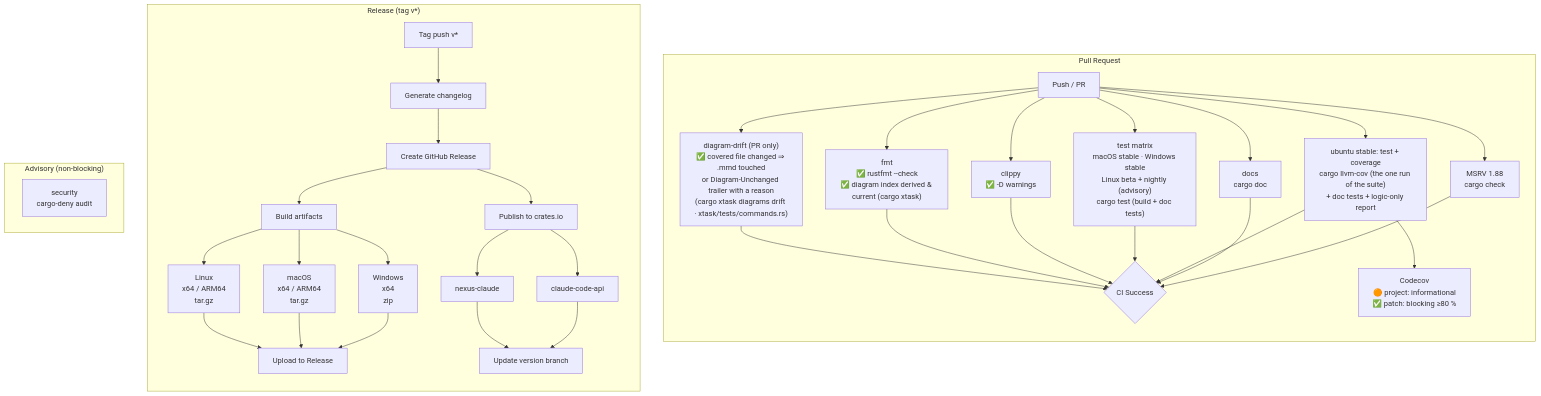
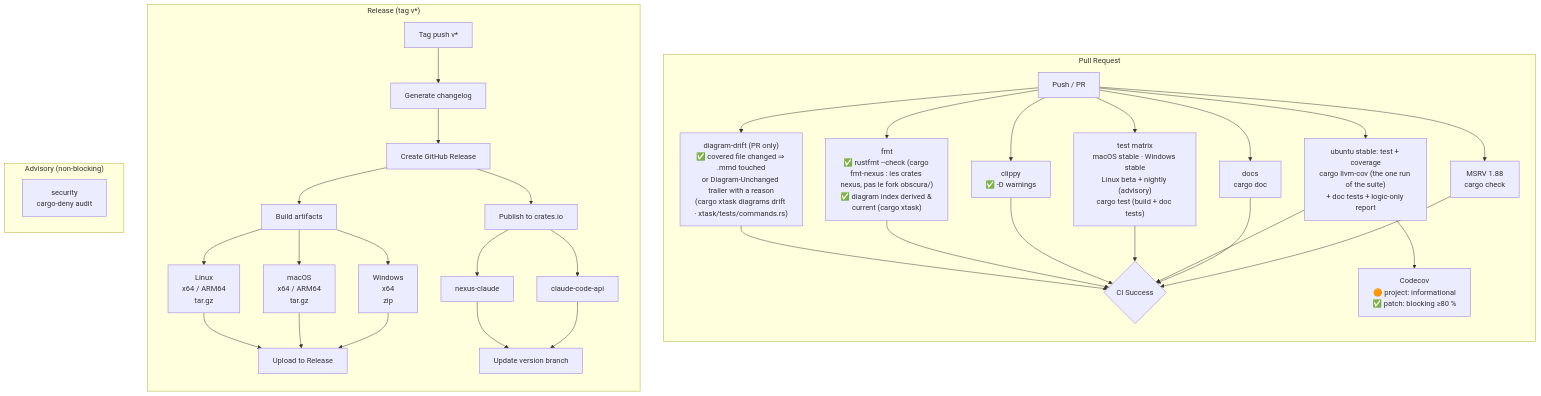
The diagram in docs/diagrams/nexus-ci-pipeline.mmd (this-rs/nexus), drawn with Mermaid before and after one commit. The commit also changed 241 other files, not shown here.

```diff
--- a/docs/diagrams/nexus-ci-pipeline.mmd
+++ b/docs/diagrams/nexus-ci-pipeline.mmd
@@ -1,48 +1,48 @@
 %% name: nexus-ci-pipeline
 %% covers: .github/workflows/ci.yml, .github/workflows/release.yml
-%% verified: 2026-10-09
+%% verified: 2026-10-12
 flowchart TD
     subgraph PR["Pull Request"]
         direction TB
         push[Push / PR] --> fmt
 
-        fmt["fmt\n✅ rustfmt --check\n✅ diagram index derived & current (cargo xtask)"]
+        fmt["fmt\n✅ rustfmt --check (cargo fmt-nexus : les crates nexus, pas le fork obscura/)\n✅ diagram index derived & current (cargo xtask)"]
         push --> drift["diagram-drift (PR only)\n✅ covered file changed ⇒ .mmd touched\nor Diagram-Unchanged trailer with a reason\n(cargo xtask diagrams drift · xtask/tests/commands.rs)"]
         drift --> ok
         push --> clippy["clippy\n✅ -D warnings"]
         push --> test["test matrix\nmacOS stable · Windows stable\nLinux beta + nightly (advisory)\ncargo test (build + doc tests)"]
         push --> cov["ubuntu stable: test + coverage\ncargo llvm-cov (the one run of the suite)\n+ doc tests + logic-only report"]
         push --> docs["docs\ncargo doc"]
         push --> msrv["MSRV 1.88\ncargo check"]
 
         fmt --> ok{CI Success}
         clippy --> ok
         test --> ok
         cov --> ok
         docs --> ok
         msrv --> ok
 
         cov --> cc["Codecov\n🟠 project: informational\n✅ patch: blocking ≥80 %"]
     end
 
     subgraph REL["Release (tag v*)"]
         direction TB
         tag[Tag push v*] --> changelog[Generate changelog]
         changelog --> ghrel[Create GitHub Release]
         ghrel --> build[Build artifacts]
 
         build --> linux["Linux\nx64 / ARM64\ntar.gz"]
         build --> macos["macOS\nx64 / ARM64\ntar.gz"]
         build --> win["Windows\nx64\nzip"]
 
         linux & macos & win --> upload[Upload to Release]
 
         ghrel --> pub[Publish to crates.io]
         pub --> sdk[nexus-claude]
         pub --> api[claude-code-api]
         sdk & api --> vbranch[Update version branch]
     end
 
     subgraph ADV["Advisory (non-blocking)"]
         security["security\ncargo-deny audit"]
     end
```
